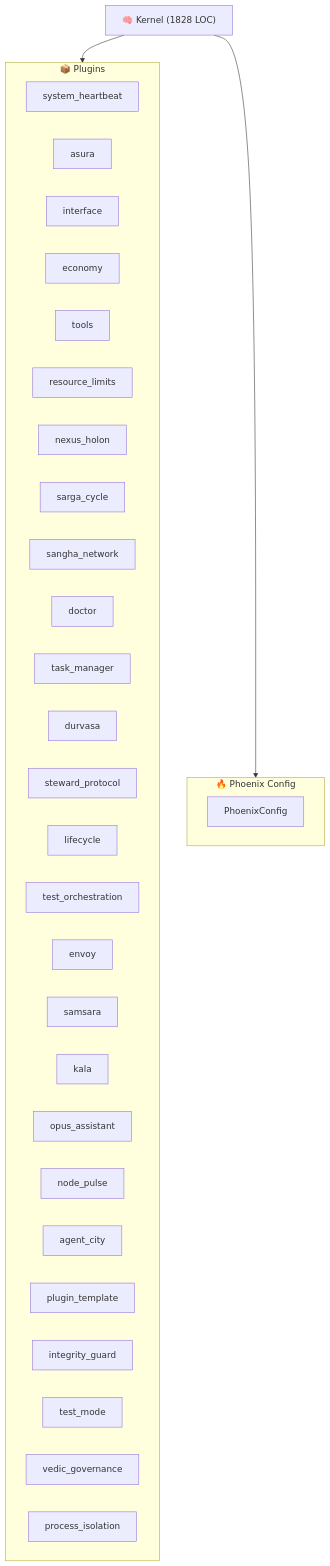
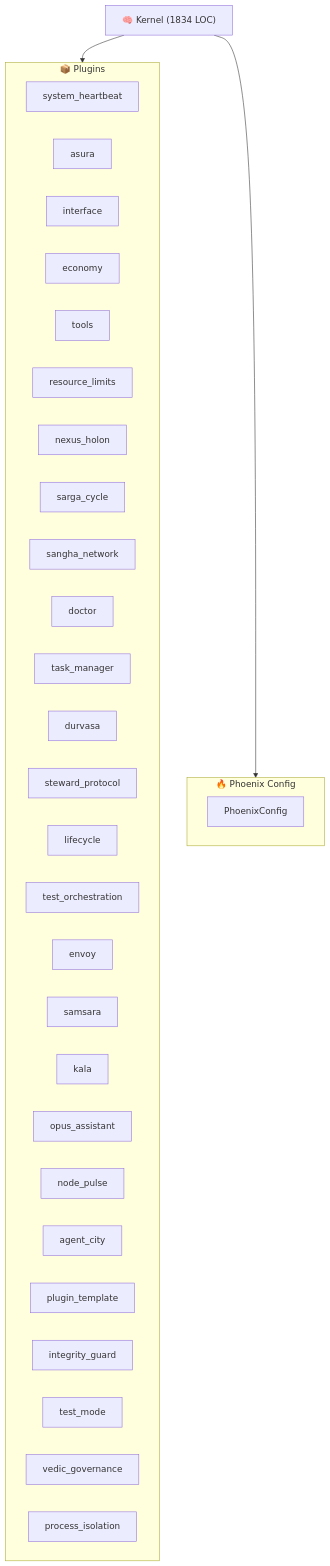
Before and after one commit to kimeisele/steward-protocol: the diagram in ARCHITECTURE.md, drawn with Mermaid. The commit also changed other lines of this file and 15 other files, not shown here.

````diff
--- a/ARCHITECTURE.md
+++ b/ARCHITECTURE.md
@@ -8,37 +8,37 @@
 ```mermaid
 graph TB
-    K["🧠 Kernel (1828 LOC)"]
+    K["🧠 Kernel (1834 LOC)"]
     subgraph Plugins["📦 Plugins"]
         P_system_heartbeat["system_heartbeat"]
         P_asura["asura"]
         P_interface["interface"]
         P_economy["economy"]
         P_tools["tools"]
         P_resource_limits["resource_limits"]
         P_nexus_holon["nexus_holon"]
         P_sarga_cycle["sarga_cycle"]
         P_sangha_network["sangha_network"]
         P_doctor["doctor"]
         P_task_manager["task_manager"]
         P_durvasa["durvasa"]
         P_steward_protocol["steward_protocol"]
         P_lifecycle["lifecycle"]
         P_test_orchestration["test_orchestration"]
         P_envoy["envoy"]
         P_samsara["samsara"]
         P_kala["kala"]
         P_opus_assistant["opus_assistant"]
         P_node_pulse["node_pulse"]
         P_agent_city["agent_city"]
         P_plugin_template["plugin_template"]
         P_integrity_guard["integrity_guard"]
         P_test_mode["test_mode"]
         P_vedic_governance["vedic_governance"]
         P_process_isolation["process_isolation"]
     end
     K --> Plugins
     subgraph Config["🔥 Phoenix Config"]
         PC[PhoenixConfig]
     end
     K --> Config
 ```
````
